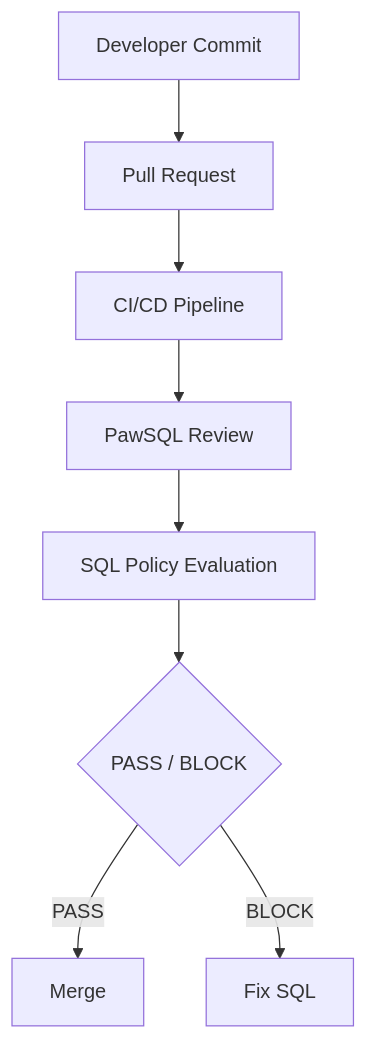
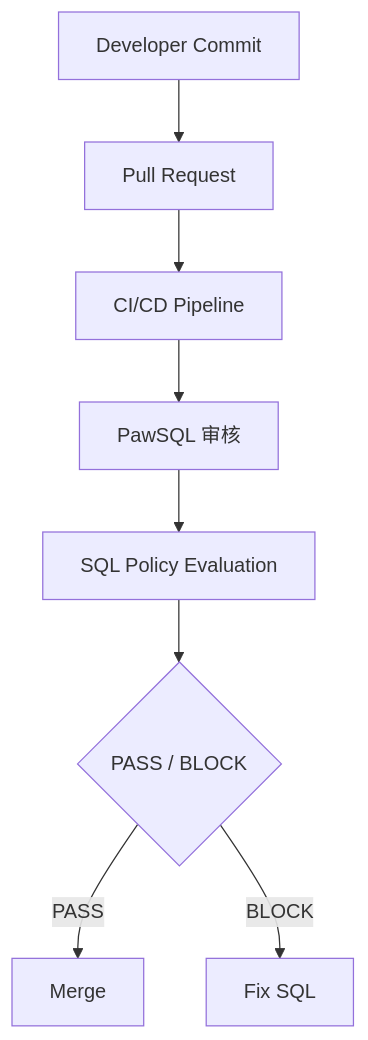
Before and after one commit to PawSQL/pawsql-docs-mantlify: the sixth of 21 diagrams in docs/use-cases/enterprise-sql-governance.mdx, drawn with Mermaid. The commit also changed other lines of this file and 143 other files, not shown here.

````diff
--- a/docs/use-cases/enterprise-sql-governance.mdx
+++ b/docs/use-cases/enterprise-sql-governance.mdx
@@ -357,6 +357,6 @@
 ```mermaid
 flowchart TD
-    A["Developer Commit"] --> B["Pull Request"] --> C["CI/CD Pipeline"] --> D["PawSQL Review"] --> E["SQL Policy Evaluation"] --> F{"PASS / BLOCK"}
+    A["Developer Commit"] --> B["Pull Request"] --> C["CI/CD Pipeline"] --> D["PawSQL 审核"] --> E["SQL Policy Evaluation"] --> F{"PASS / BLOCK"}
     F -->|PASS| G["Merge"]
     F -->|BLOCK| H["Fix SQL"]
 ```
````
